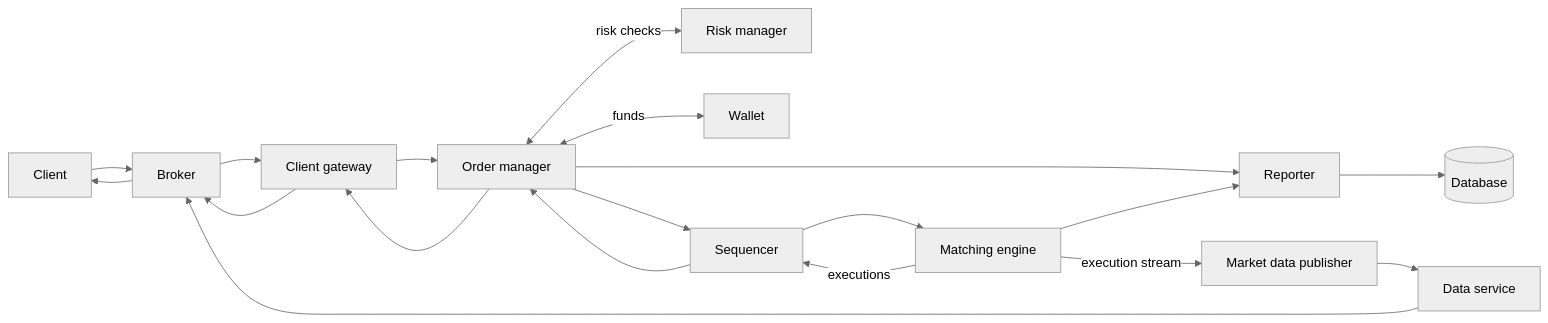
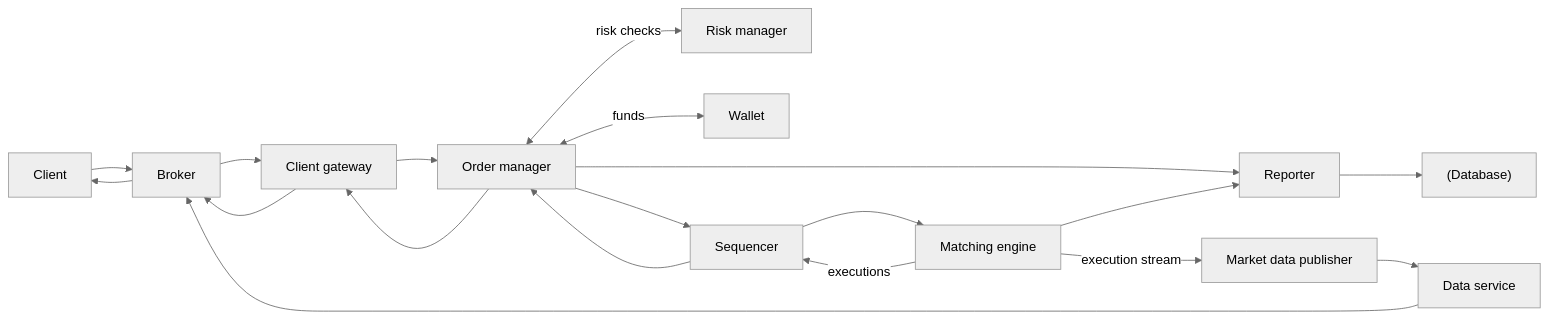
One commit to pankajThakur1874/studysheet changed the first of 3 diagrams in files/Book-System-Design-Vol-2/13-stock-exchange.md. Above: the diagram before and after it, drawn with Mermaid (neutral theme). The commit also changed other lines of this file and 102 other files, not shown here.

Commit message:
Auto-fix Mermaid diagram syntax across all study guides to prevent Syntax Error in Mermaid v10

````diff
--- a/files/Book-System-Design-Vol-2/13-stock-exchange.md
+++ b/files/Book-System-Design-Vol-2/13-stock-exchange.md
@@ -40,12 +40,12 @@
 ```mermaid
 flowchart LR
     Client --> Broker --> GW[Client gateway]
     GW --> OM[Order manager]
     OM <-->|risk checks| RM[Risk manager]
     OM <-->|funds| W[Wallet]
     OM --> SEQ[Sequencer]
     SEQ --> ME[Matching engine]
     ME -->|executions| SEQ --> OM --> GW --> Broker --> Client
     ME -->|execution stream| MDP[Market data publisher] --> DS[Data service] --> Broker
-    OM & ME --> RPT[Reporter] --> DB[(Database)]
+    OM & ME --> RPT[Reporter] --> DB["(Database)"]
 ```
````
